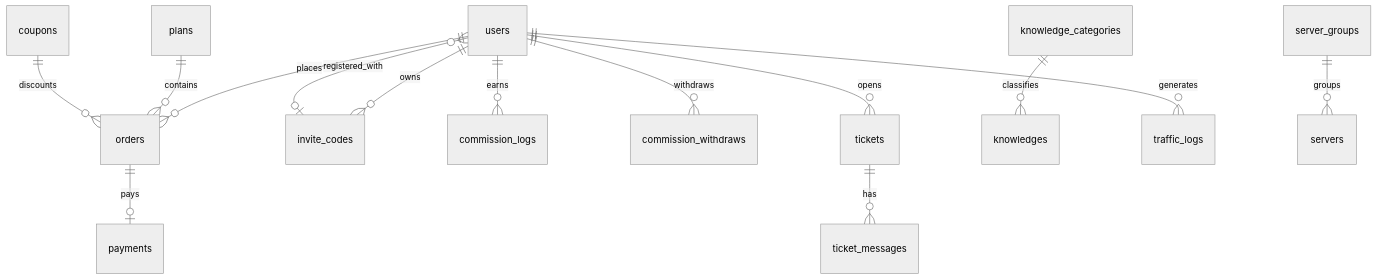
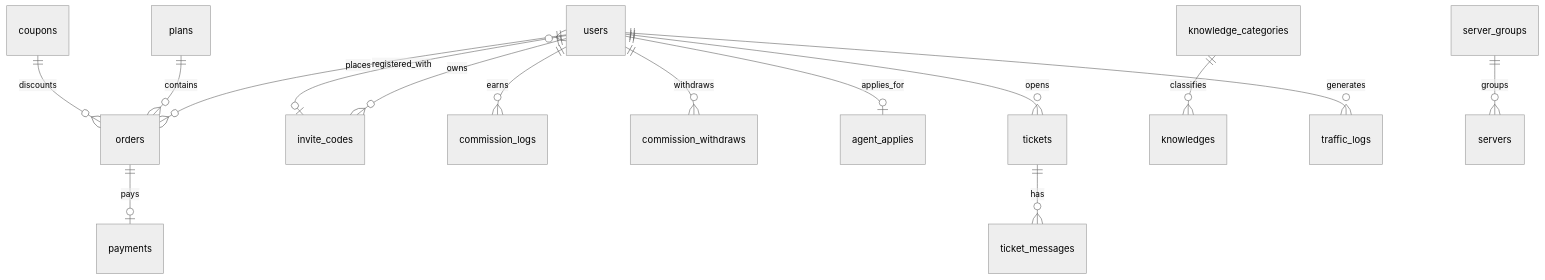
One commit to superMC5657/YLink changed the diagram in docs/backend/data-model.md. Above: the diagram before and after it, drawn with Mermaid (neutral theme). The commit also changed other lines of this file and 12 other files, not shown here.

````diff
--- a/docs/backend/data-model.md
+++ b/docs/backend/data-model.md
@@ -7,16 +7,17 @@
 ```mermaid
 erDiagram
     users ||--o{ orders : places
     users ||--o{ invite_codes : owns
     users ||--o{ commission_logs : earns
     users ||--o{ commission_withdraws : withdraws
+    users ||--o| agent_applies : applies_for
     users ||--o{ tickets : opens
     knowledge_categories ||--o{ knowledges : classifies
     users ||--o{ traffic_logs : generates
     plans ||--o{ orders : contains
     orders ||--o| payments : pays
     coupons ||--o{ orders : discounts
     tickets ||--o{ ticket_messages : has
     server_groups ||--o{ servers : groups
     users }o--o| invite_codes : "registered_with"
 ```
````
